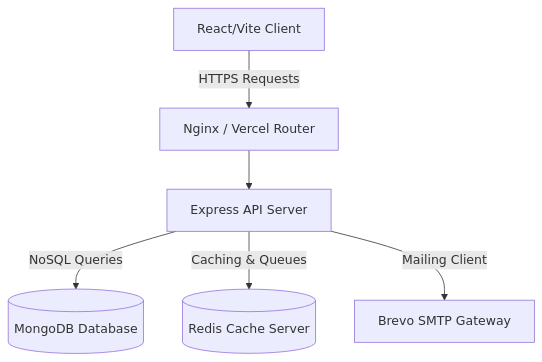
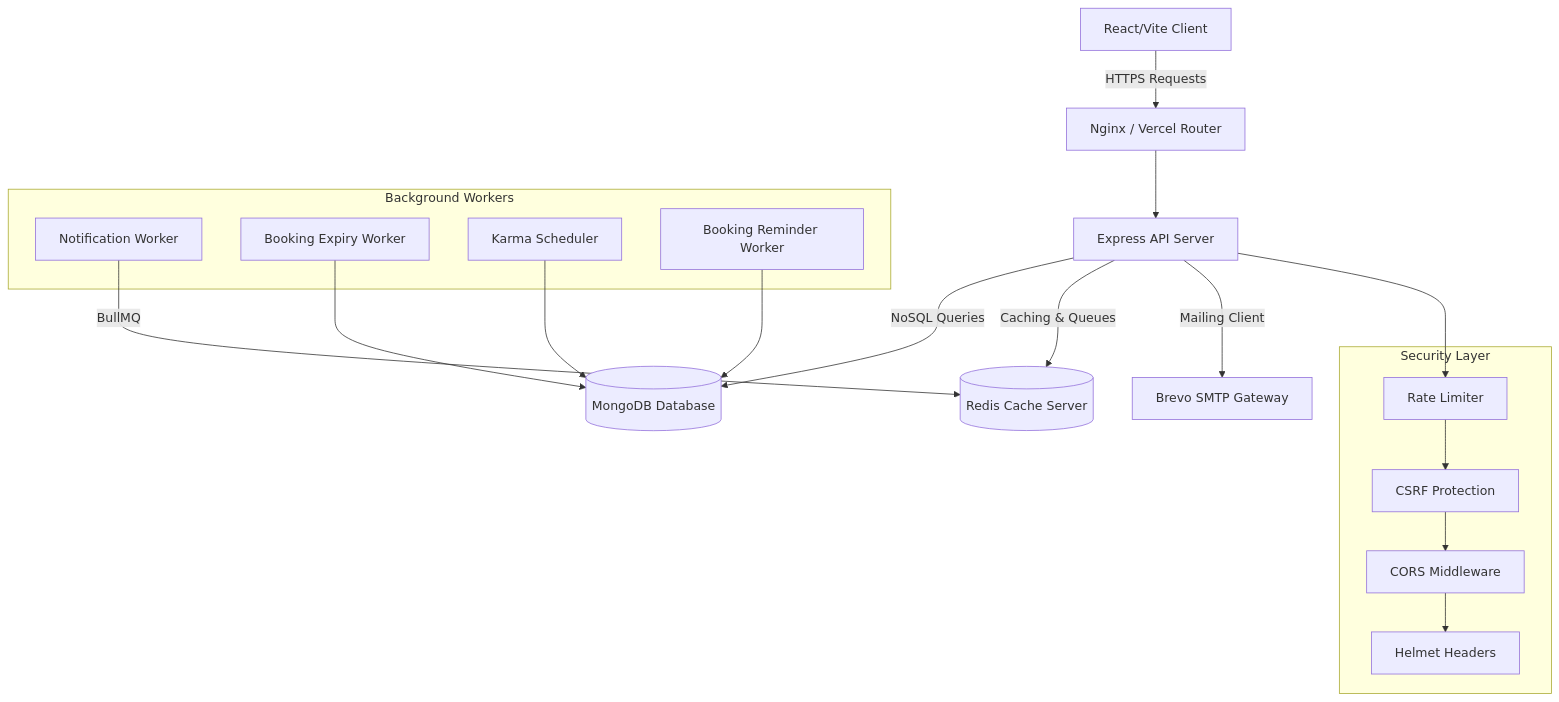
One commit to Ninjax26/FixNearby changed the first of 5 diagrams in docs/ARCHITECTURE.md. Above: the diagram before and after it, drawn with Mermaid. The commit also changed other lines of this file and 5 other files, not shown here.

Commit message:
docs: add security policy, architecture docs, and automated doc checks

````diff
--- a/docs/ARCHITECTURE.md
+++ b/docs/ARCHITECTURE.md
@@ -11,8 +11,31 @@
 ```mermaid
 graph TD
     Client[React/Vite Client] -->|HTTPS Requests| Router[Nginx / Vercel Router]
     Router --> API[Express API Server]
     API -->|NoSQL Queries| DB[(MongoDB Database)]
     API -->|Caching & Queues| Cache[(Redis Cache Server)]
     API -->|Mailing Client| Brevo[Brevo SMTP Gateway]
+    
+    subgraph "Security Layer"
+        RL[Rate Limiter]
+        CSRF[CSRF Protection]
+        HELM[Helmet Headers]
+        CORS[CORS Middleware]
+    end
+    
+    subgraph "Background Workers"
+        NW[Notification Worker]
+        BEW[Booking Expiry Worker]
+        KS[Karma Scheduler]
+        BRW[Booking Reminder Worker]
+    end
+    
+    API --> RL
+    RL --> CSRF
+    CSRF --> CORS
+    CORS --> HELM
+    NW -->|BullMQ| Cache
+    BEW --> DB
+    KS --> DB
+    BRW --> DB
 ```
````
